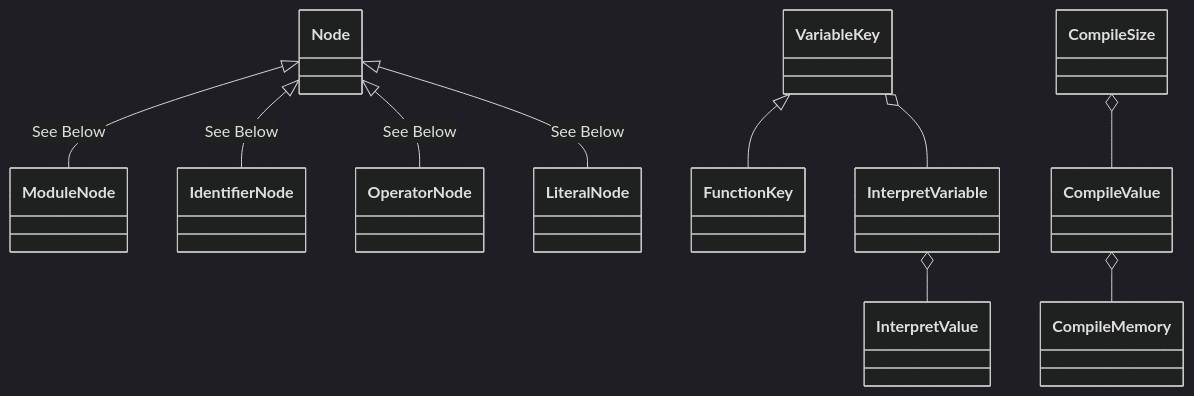
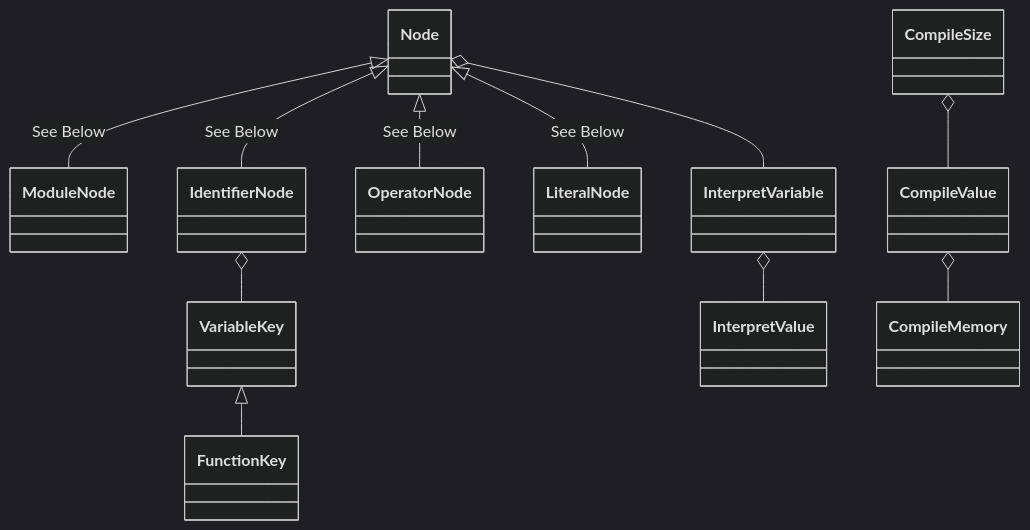
The first of 4 diagrams in README.md (Jzhyang1/Monomer), drawn with Mermaid (dark theme) before and after one commit. The commit also changed other lines of this file, not shown here.

````diff
--- a/README.md
+++ b/README.md
@@ -239,12 +239,13 @@
 ```mermaid
 classDiagram
 Node <|-- ModuleNode: See Below
 Node <|-- IdentifierNode: See Below
 Node <|-- OperatorNode: See Below
 Node <|-- LiteralNode: See Below
 VariableKey <|-- FunctionKey
-VariableKey o-- InterpretVariable
+IdentifierNode o-- VariableKey
+Node o-- InterpretVariable
 InterpretVariable o-- InterpretValue
 CompileSize o-- CompileValue
 CompileValue o-- CompileMemory
 ```
````
